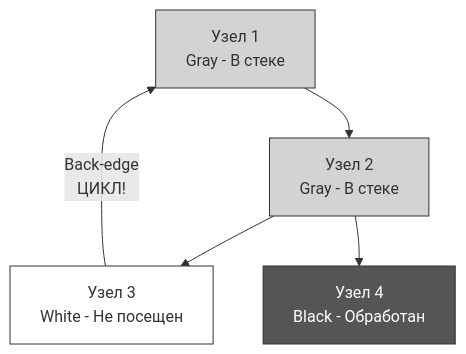
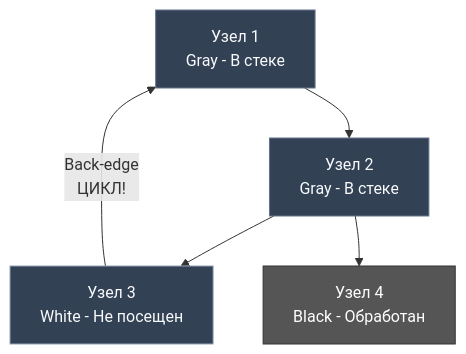
One commit to UnrealTemplier/go-textbook changed the second of 2 diagrams in sources/21. Задачи с LeetCode и собеседований на Go/02. Задачи/14. Графы/2. Компоненты и циклы.md. Above: the diagram before and after it, drawn with Mermaid. The commit also changed 310 other files, not shown here.

First line of the commit message:
fix(mermaid): replace light fill colors with dark palette for readability on dark theme

````diff
--- a/sources/21. Задачи с LeetCode и собеседований на Go/02. Задачи/14. Графы/2. Компоненты и циклы.md
+++ b/sources/21. Задачи с LeetCode и собеседований на Go/02. Задачи/14. Графы/2. Компоненты и циклы.md
@@ -96,12 +96,12 @@
 ```mermaid
 graph TD
     A["Узел 1<br>Gray - В стеке"] --> B["Узел 2<br>Gray - В стеке"]
     B --> C["Узел 3<br>White - Не посещен"]
     B --> D["Узел 4<br>Black - Обработан"]
     C -->|"Back-edge<br>ЦИКЛ!"| A
     
-    style A fill:#d3d3d3,stroke:#333
-    style B fill:#d3d3d3,stroke:#333
-    style C fill:#fff,stroke:#333
+    style A fill:#334155,stroke:#64748b,color:#f8fafc
+    style B fill:#334155,stroke:#64748b,color:#f8fafc
+    style C fill:#334155,stroke:#94a3b8,color:#f8fafc
     style D fill:#555,stroke:#333,color:#fff
 ```
````
